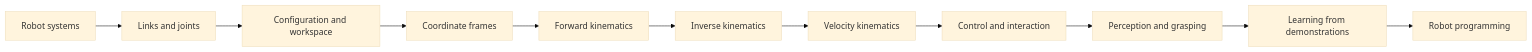
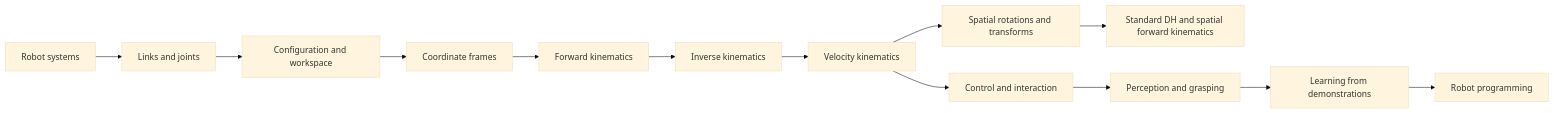
Before and after one commit to Israel-Charles/robotics_learn: the diagram in README.md, drawn with Mermaid (base theme). The commit also changed other lines of this file and 21 other files, not shown here.

First line of the commit message:
Add spatial kinematics content including rotation representations and DH parameters

````diff
--- a/README.md
+++ b/README.md
@@ -32,13 +33,15 @@
 ```mermaid
 flowchart LR
     A[Robot systems] --> B[Links and joints]
     B --> C[Configuration and workspace]
     C --> D[Coordinate frames]
     D --> E[Forward kinematics]
     E --> F[Inverse kinematics]
     F --> V[Velocity kinematics]
+    V --> K[Spatial rotations and transforms]
+    K --> L[Standard DH and spatial forward kinematics]
     V --> G[Control and interaction]
     G --> H[Perception and grasping]
     H --> I[Learning from demonstrations]
     I --> J[Robot programming]
 ```
````
